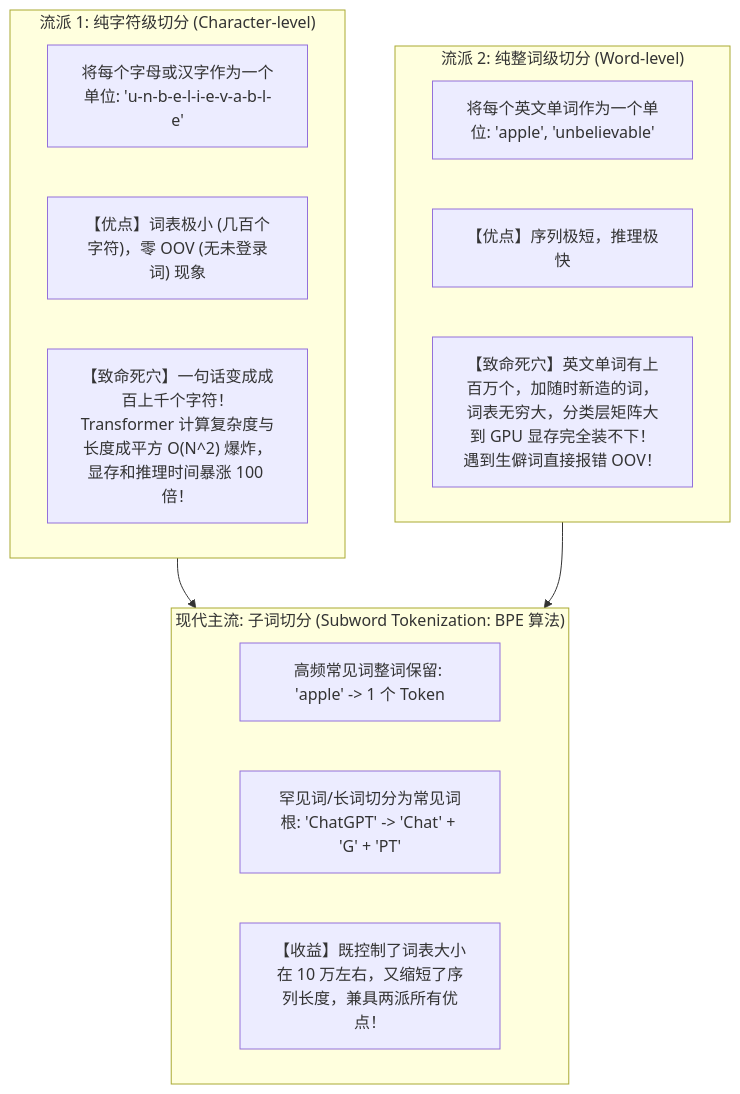
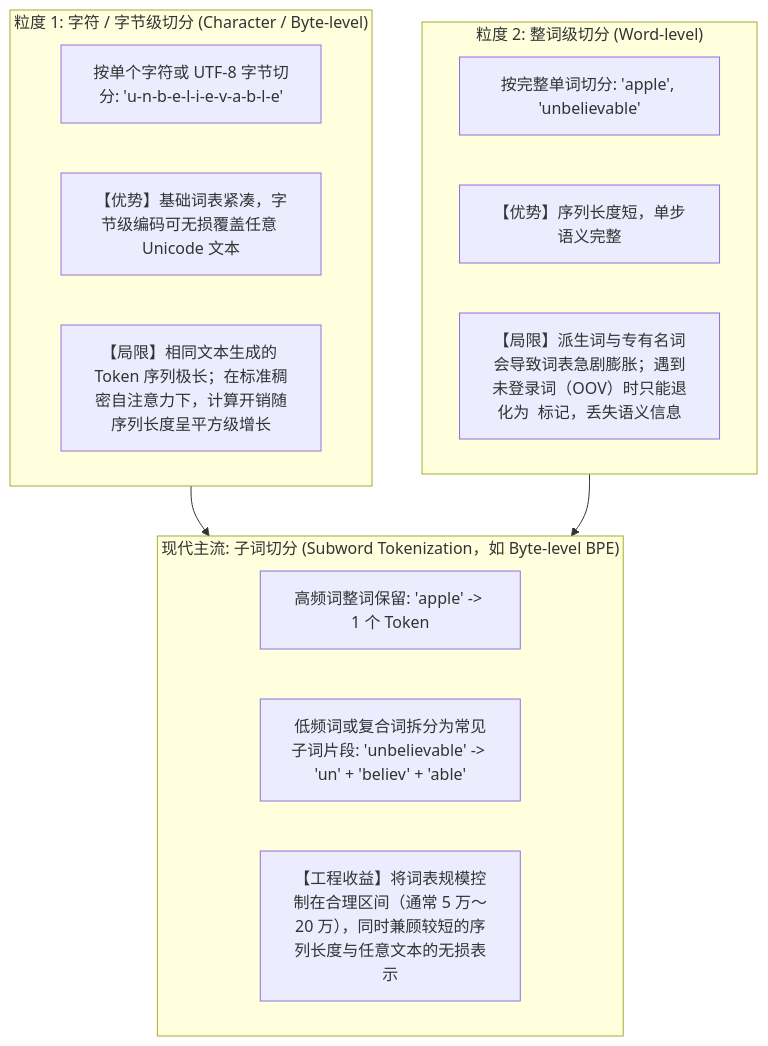
One commit to GuoWWWX/knowledge-base changed the diagram in 10-AI应用开发/01-LLM基础与Prompt/02-Token与Tokenizer.md. Above: the diagram before and after it, drawn with Mermaid. The commit also changed other lines of this file and 251 other files, not shown here.

````diff
--- a/10-AI应用开发/01-LLM基础与Prompt/02-Token与Tokenizer.md
+++ b/10-AI应用开发/01-LLM基础与Prompt/02-Token与Tokenizer.md
@@ -28,22 +25,22 @@
 ```mermaid
 flowchart TD
-    subgraph 极端流派一["流派 1: 纯字符级切分 (Character-level)"]
-        A1["将每个字母或汉字作为一个单位: 'u-n-b-e-l-i-e-v-a-b-l-e'"]
-        A2["【优点】词表极小 (几百个字符)，零 OOV (无未登录词) 现象"]
-        A3["【致命死穴】一句话变成成百上千个字符！Transformer 计算复杂度与长度成平方 O(N^2) 爆炸，显存和推理时间暴涨 100 倍！"]
+    subgraph 流派一["粒度 1: 字符 / 字节级切分 (Character / Byte-level)"]
+        A1["按单个字符或 UTF-8 字节切分: 'u-n-b-e-l-i-e-v-a-b-l-e'"]
+        A2["【优势】基础词表紧凑，字节级编码可无损覆盖任意 Unicode 文本"]
+        A3["【局限】相同文本生成的 Token 序列极长；在标准稠密自注意力下，计算开销随序列长度呈平方级增长"]
     end
 
-    subgraph 极端流派二["流派 2: 纯整词级切分 (Word-level)"]
-        B1["将每个英文单词作为一个单位: 'apple', 'unbelievable'"]
-        B2["【优点】序列极短，推理极快"]
-        B3["【致命死穴】英文单词有上百万个，加随时新造的词，词表无穷大，分类层矩阵大到 GPU 显存完全装不下！遇到生僻词直接报错 OOV！"]
+    subgraph 流派二["粒度 2: 整词级切分 (Word-level)"]
+        B1["按完整单词切分: 'apple', 'unbelievable'"]
+        B2["【优势】序列长度短，单步语义完整"]
+        B3["【局限】派生词与专有名词会导致词表急剧膨胀；遇到未登录词（OOV）时只能退化为 <UNK> 标记，丢失语义信息"]
     end
 
-    subgraph 完美妥协["现代主流: 子词切分 (Subword Tokenization: BPE 算法)"]
-        C1["高频常见词整词保留: 'apple' -> 1 个 Token"]
-        C2["罕见词/长词切分为常见词根: 'ChatGPT' -> 'Chat' + 'G' + 'PT'"]
-        C3["【收益】既控制了词表大小在 10 万左右，又缩短了序列长度，兼具两派所有优点！"]
+    subgraph 主流方案["现代主流: 子词切分 (Subword Tokenization，如 Byte-level BPE)"]
+        C1["高频词整词保留: 'apple' -> 1 个 Token"]
+        C2["低频词或复合词拆分为常见子词片段: 'unbelievable' -> 'un' + 'believ' + 'able'"]
+        C3["【工程收益】将词表规模控制在合理区间（通常 5 万～20 万），同时兼顾较短的序列长度与任意文本的无损表示"]
     end
 
-    极端流派一 & 极端流派二 --> 完美妥协
+    流派一 & 流派二 --> 主流方案
 ```
````
